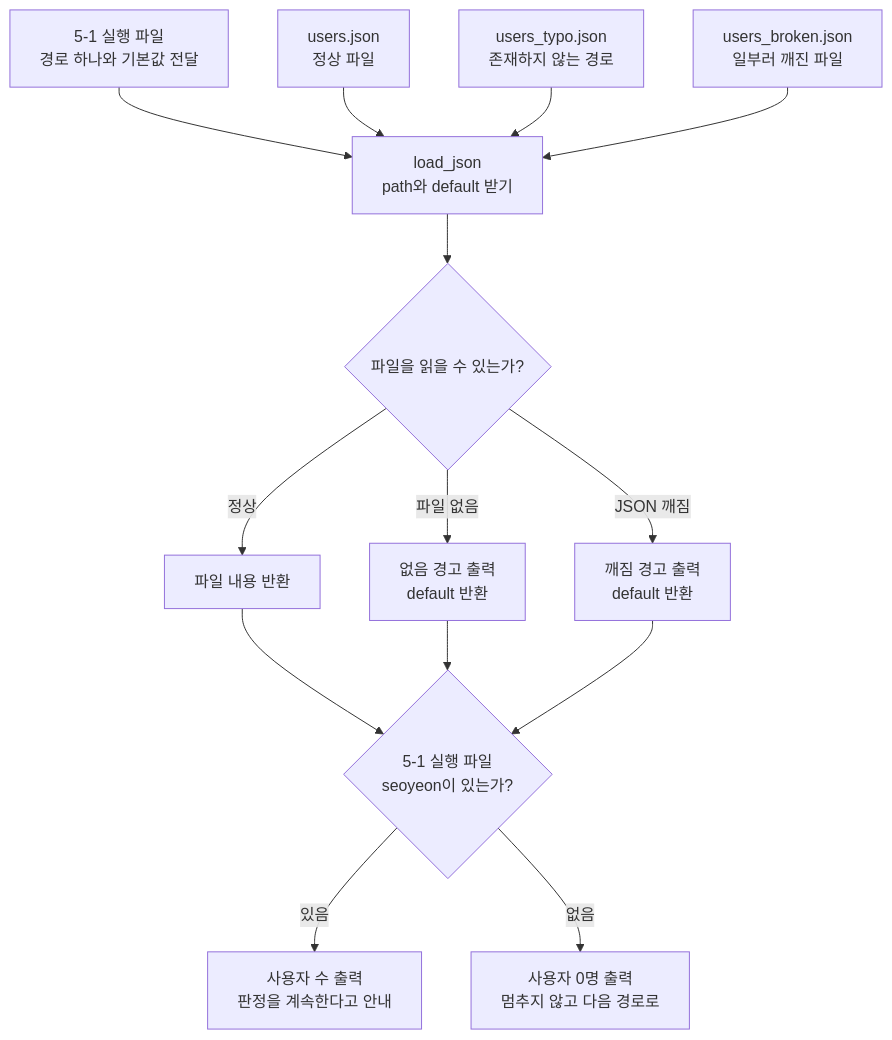
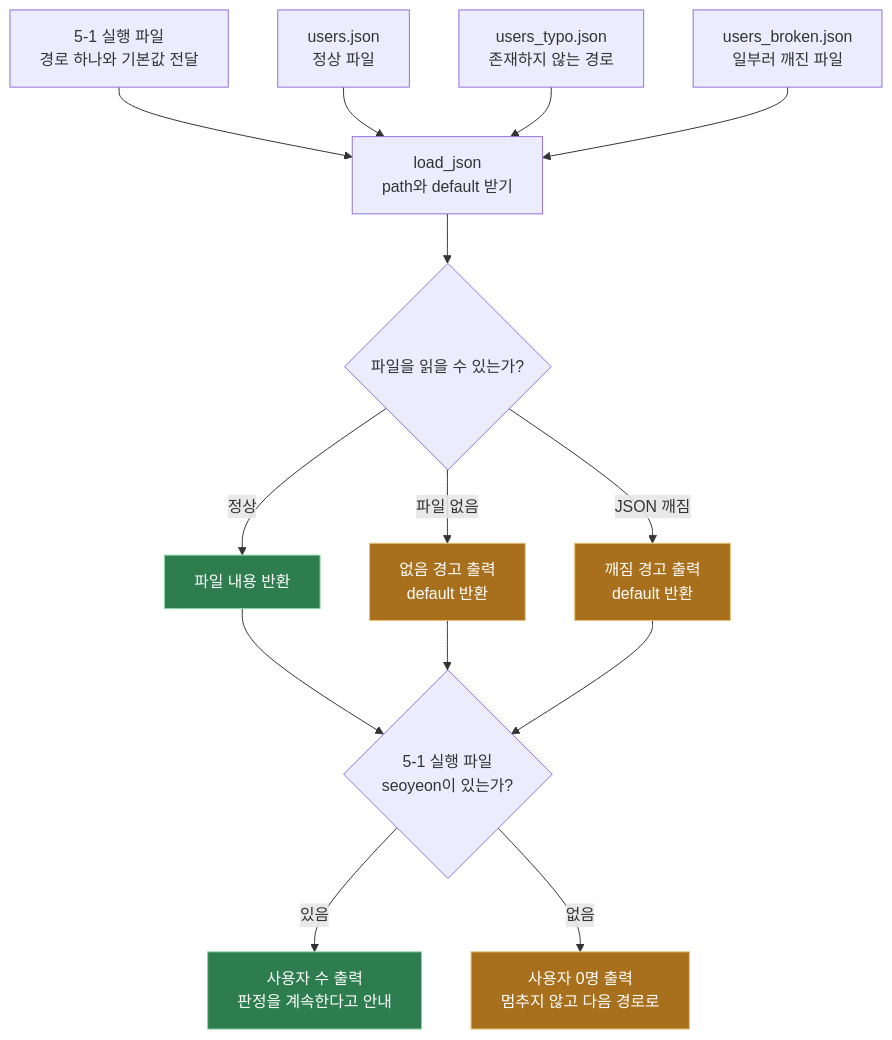
The ninth of 10 diagrams in code_review/code_report/10-22_day02.md (eldi96/security-agent-toolkit), drawn with Mermaid before and after one commit. The commit also changed other lines of this file and 19 other files, not shown here.

````diff
--- a/code_review/code_report/10-22_day02.md
+++ b/code_review/code_report/10-22_day02.md
@@ -410,27 +563,31 @@
 ```mermaid
 flowchart TB
     RUN["5-1 실행 파일<br/>경로 하나와 기본값 전달"] --> L["load_json<br/>path와 default 받기"]
     U["users.json<br/>정상 파일"] --> L
     TY["users_typo.json<br/>존재하지 않는 경로"] --> L
     BR["users_broken.json<br/>일부러 깨진 파일"] --> L
     L --> Q{"파일을 읽을 수 있는가?"}
     Q -->|정상| OK["파일 내용 반환"]
     Q -->|파일 없음| NF["없음 경고 출력<br/>default 반환"]
     Q -->|JSON 깨짐| BAD["깨짐 경고 출력<br/>default 반환"]
     OK --> CHECK{"5-1 실행 파일<br/>seoyeon이 있는가?"}
     NF --> CHECK
     BAD --> CHECK
     CHECK -->|있음| YES["사용자 수 출력<br/>판정을 계속한다고 안내"]
     CHECK -->|없음| NO["사용자 0명 출력<br/>멈추지 않고 다음 경로로"]
+    classDef allow fill:#2e7d4f,stroke:#8fd6a8,color:#ffffff
+    classDef warn fill:#a8701d,stroke:#e8c27a,color:#ffffff
+    class OK,YES allow
+    class NF,BAD,NO warn
     click RUN "../run/day02_5-1_broken.py" "코드 파일 열기"
     click L "../functions/config_loader.py" "코드 파일 열기"
     click U "../config/users.json" "코드 파일 열기"
     click BR "../config/users_broken.json" "코드 파일 열기"
     click Q "../functions/config_loader.py" "코드 파일 열기"
     click OK "../functions/config_loader.py" "코드 파일 열기"
     click NF "../functions/config_loader.py" "코드 파일 열기"
     click BAD "../functions/config_loader.py" "코드 파일 열기"
     click CHECK "../run/day02_5-1_broken.py" "코드 파일 열기"
     click YES "../run/day02_5-1_broken.py" "코드 파일 열기"
     click NO "../run/day02_5-1_broken.py" "코드 파일 열기"
 ```
````
